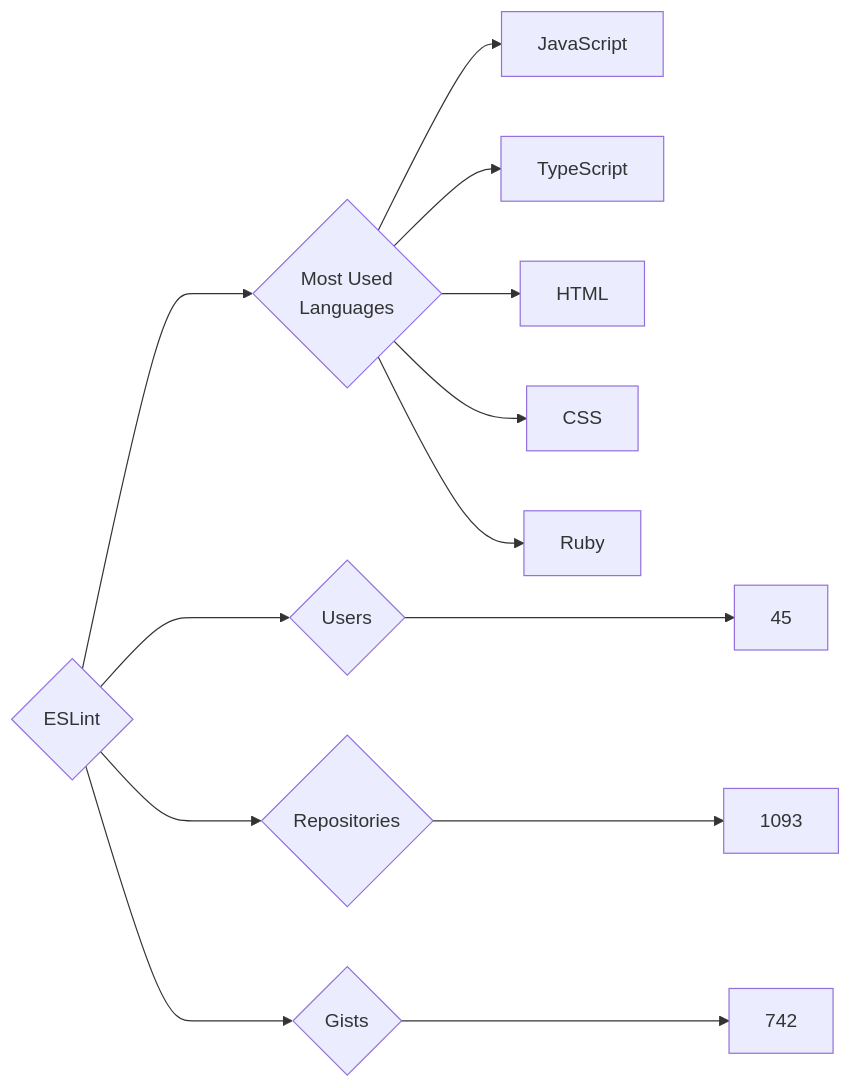
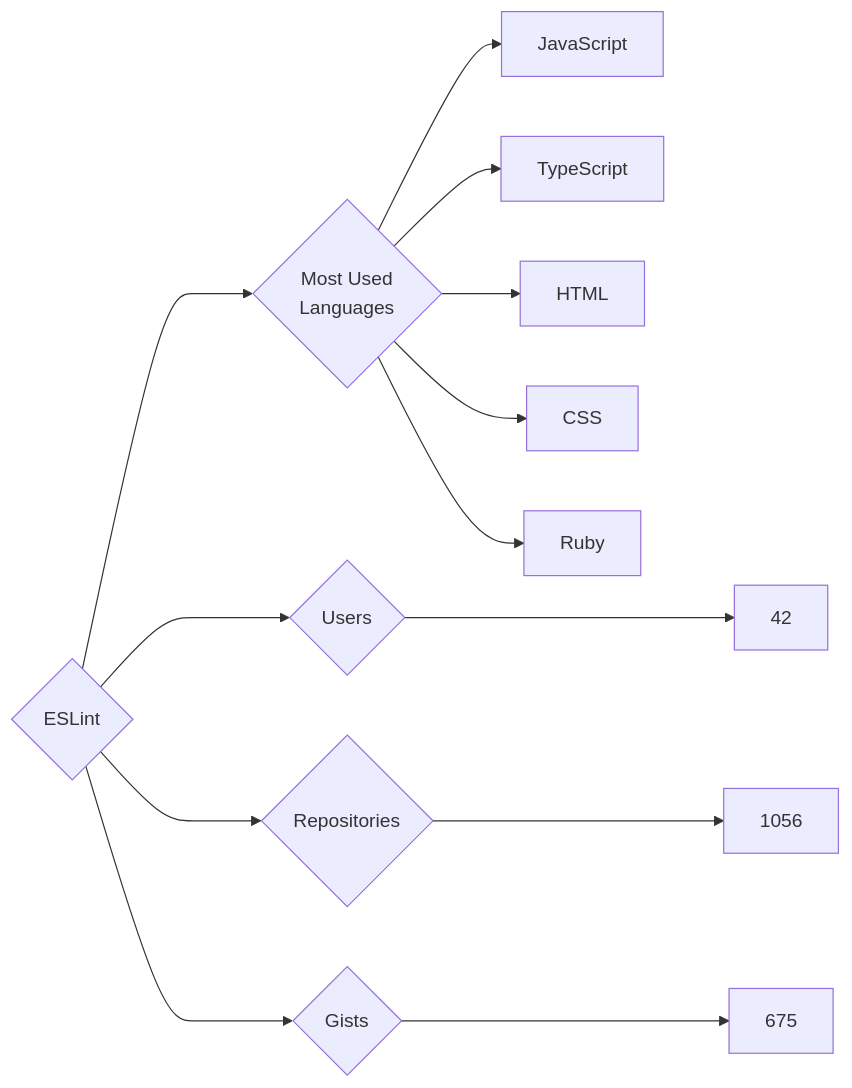
Before and after one commit to trickest/insiders: the diagram in targets/ESLint/README.md, drawn with Mermaid. The commit also changed 860 other files, not shown here.

````diff
--- a/targets/ESLint/README.md
+++ b/targets/ESLint/README.md
@@ -3,13 +3,13 @@
 ```mermaid
 graph LR
 COMPANY_NAME{ESLint}
-COMPANY_NAME ---> U{Users} ---> UN[45]
-COMPANY_NAME ---> R{Repositories} ---> RN[1093]
-COMPANY_NAME ---> G{Gists} ---> GN[742]
+COMPANY_NAME ---> U{Users} ---> UN[42]
+COMPANY_NAME ---> R{Repositories} ---> RN[1056]
+COMPANY_NAME ---> G{Gists} ---> GN[675]
 COMPANY_NAME ---> ML{Most Used<br>Languages}
 ML --> JavaScript[JavaScript]
 ML --> TypeScript[TypeScript]
 ML --> HTML[HTML]
 ML --> CSS[CSS]
 ML --> Ruby[Ruby]
 ```
````
